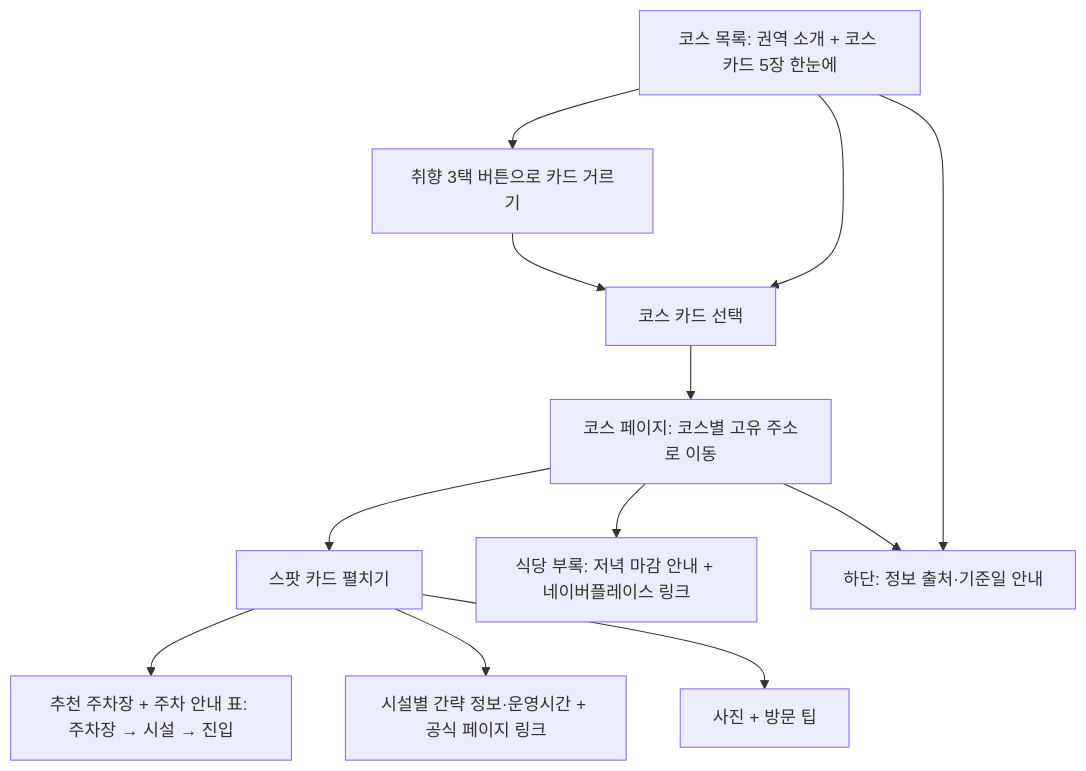
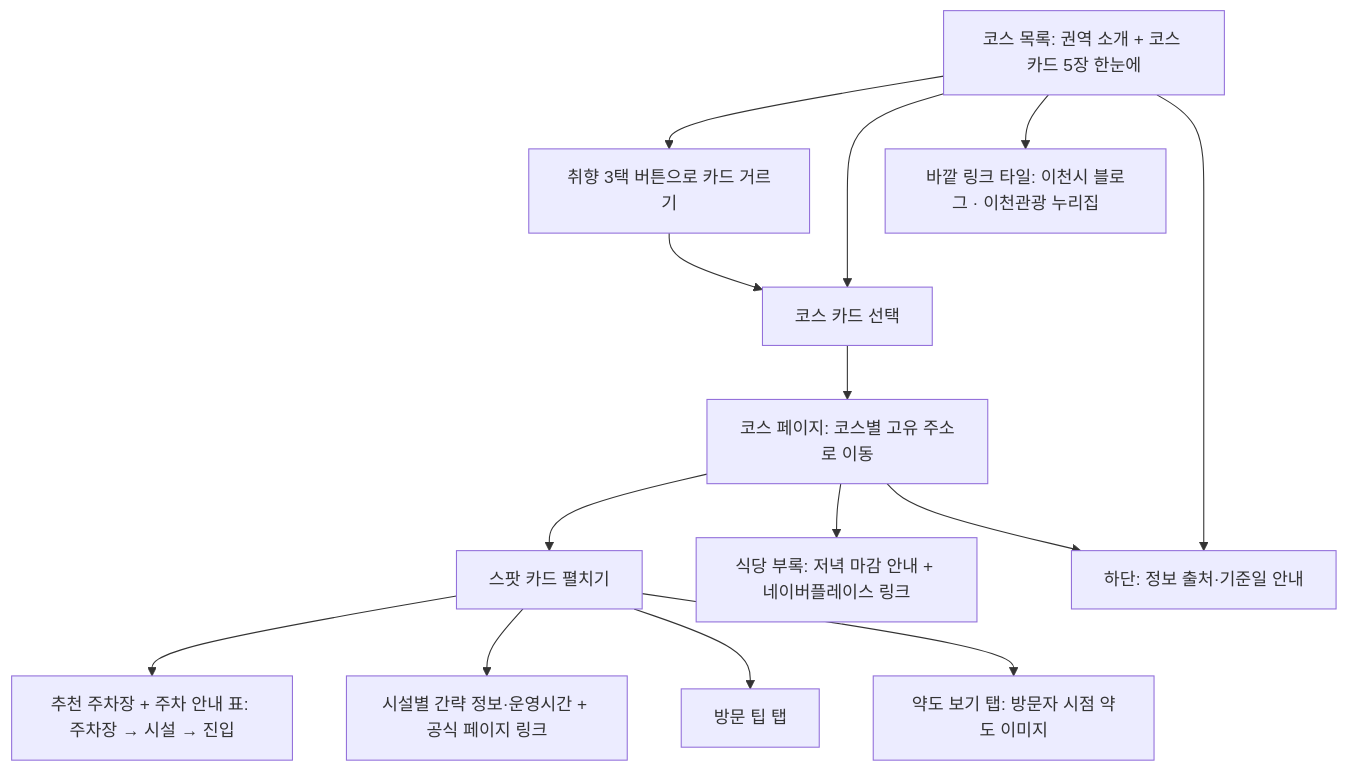
Before and after one commit to hayoungmom23-a12/ICHEON-3-CLAUDE: the diagram in docs/prd.md, drawn with Mermaid. The commit also changed other lines of this file and 2 other files, not shown here.

````diff
--- a/docs/prd.md
+++ b/docs/prd.md
@@ -131,14 +143,16 @@
 ```mermaid
 flowchart TD
     A[코스 목록: 권역 소개 + 코스 카드 5장 한눈에] --> A2[취향 3택 버튼으로 카드 거르기]
     A --> B[코스 카드 선택]
     A2 --> B
     B --> C[코스 페이지: 코스별 고유 주소로 이동]
     C --> C2[스팟 카드 펼치기]
     C2 --> D[추천 주차장 + 주차 안내 표: 주차장 → 시설 → 진입]
     C2 --> E[시설별 간략 정보·운영시간 + 공식 페이지 링크]
-    C2 --> T[사진 + 방문 팁]
+    C2 --> T[방문 팁 탭]
+    C2 --> M[약도 보기 탭: 방문자 시점 약도 이미지]
     C --> F[식당 부록: 저녁 마감 안내 + 네이버플레이스 링크]
+    A --> L[바깥 링크 타일: 이천시 블로그 · 이천관광 누리집]
     A --> G[하단: 정보 출처·기준일 안내]
     C --> G
 ```
````
